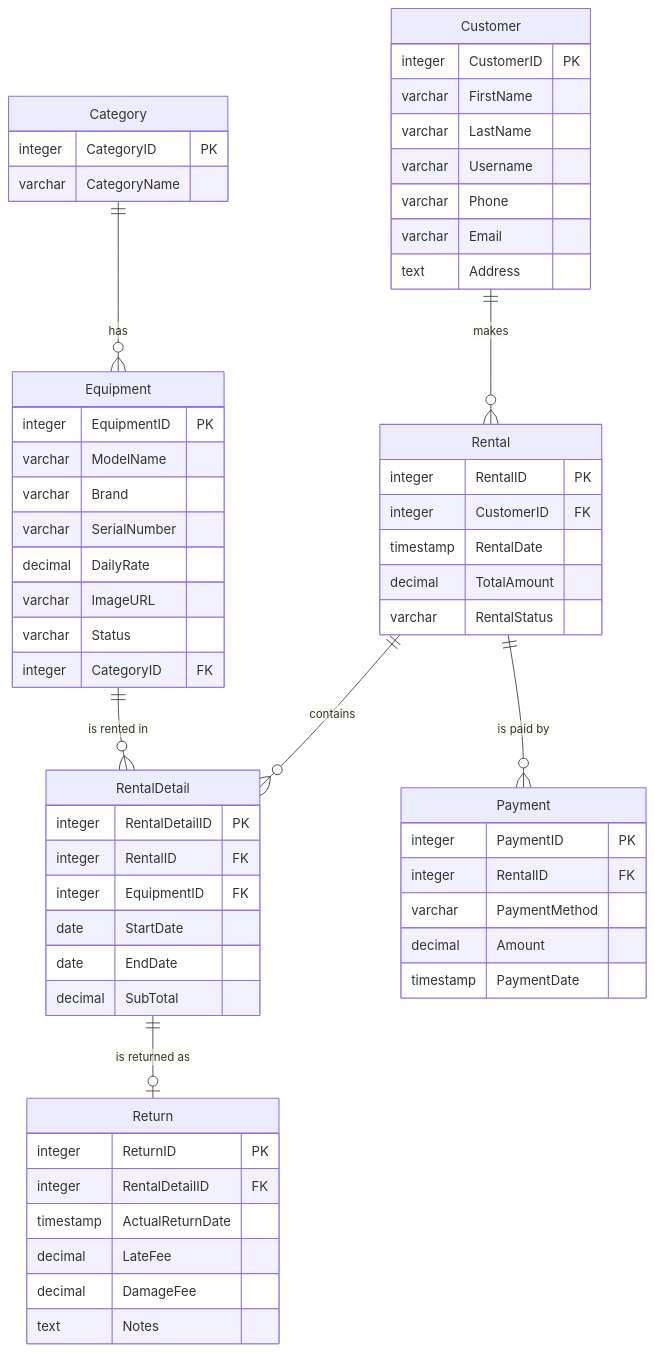
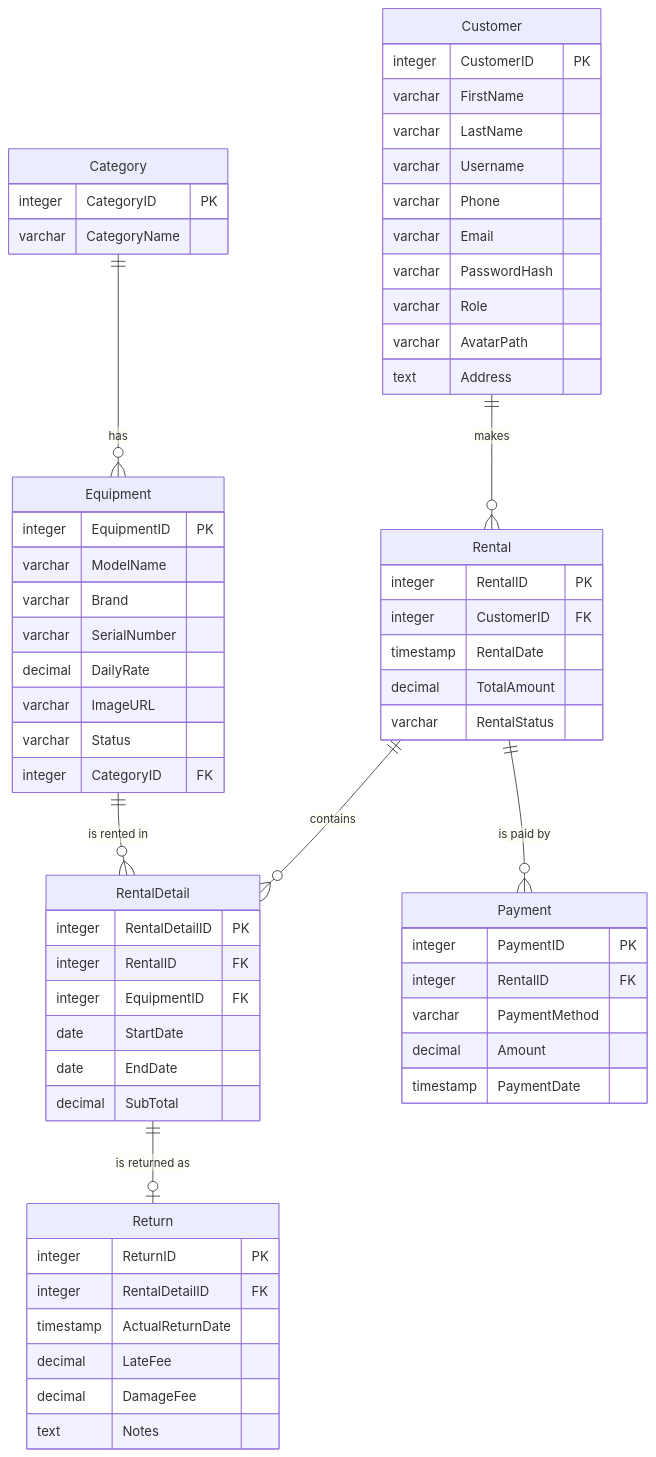
Before and after one commit to naratipswu/cp252project: the first of 2 diagrams in README.md, drawn with Mermaid. The commit also changed other lines of this file and 35 other files, not shown here.

````diff
--- a/README.md
+++ b/README.md
@@ -13,69 +13,72 @@
 ```mermaid
 erDiagram
     Category ||--o{ Equipment : "has"
     Customer ||--o{ Rental : "makes"
     Rental ||--o{ RentalDetail : "contains"
     Equipment ||--o{ RentalDetail : "is rented in"
     Rental ||--o{ Payment : "is paid by"
     RentalDetail ||--o| Return : "is returned as"
 
     Category {
         integer CategoryID PK
         varchar CategoryName
     }
 
     Equipment {
         integer EquipmentID PK
         varchar ModelName
         varchar Brand
         varchar SerialNumber
         decimal DailyRate
         varchar ImageURL
         varchar Status
         integer CategoryID FK
     }
 
     Customer {
         integer CustomerID PK
         varchar FirstName
         varchar LastName
         varchar Username
         varchar Phone
         varchar Email
+        varchar PasswordHash
+        varchar Role
+        varchar AvatarPath
         text Address
     }
 
     Rental {
         integer RentalID PK
         integer CustomerID FK
         timestamp RentalDate
         decimal TotalAmount
         varchar RentalStatus
     }
 
     RentalDetail {
         integer RentalDetailID PK
         integer RentalID FK
         integer EquipmentID FK
         date StartDate
         date EndDate
         decimal SubTotal
     }
 
     Payment {
         integer PaymentID PK
         integer RentalID FK
         varchar PaymentMethod
         decimal Amount
         timestamp PaymentDate
     }
 
     Return {
         integer ReturnID PK
         integer RentalDetailID FK
         timestamp ActualReturnDate
         decimal LateFee
         decimal DamageFee
         text Notes
     }
 ```
````
